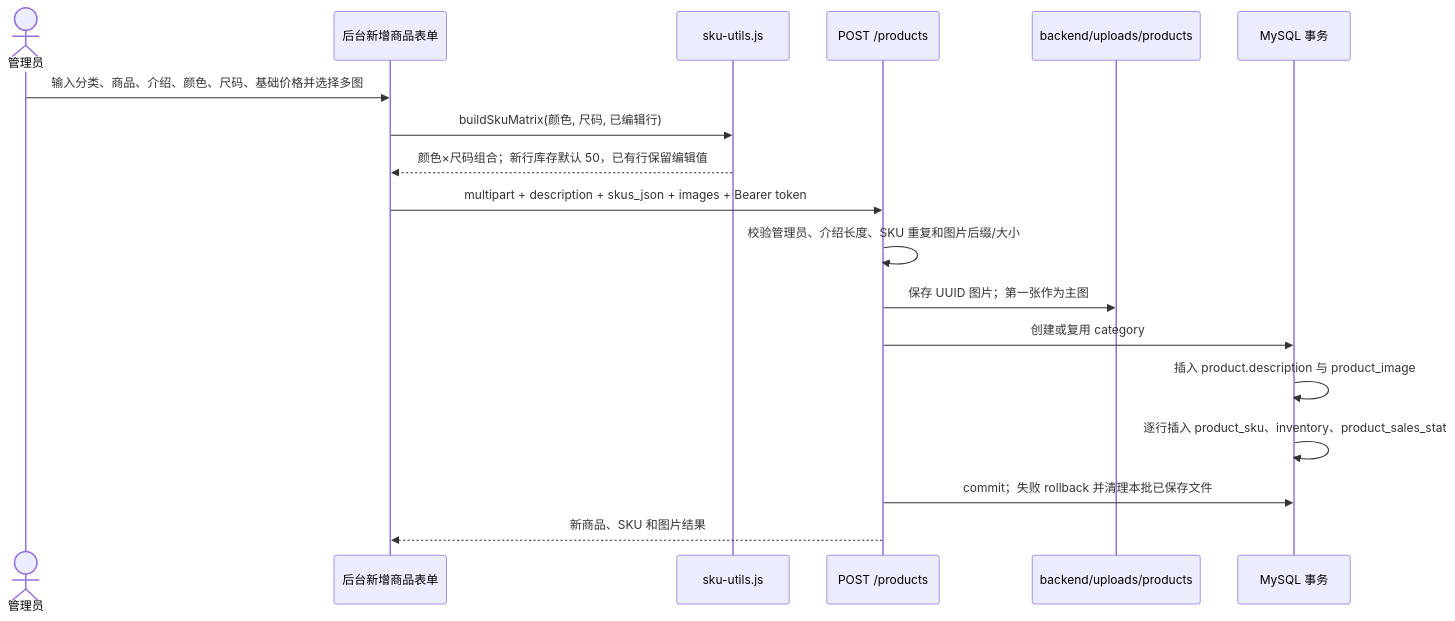
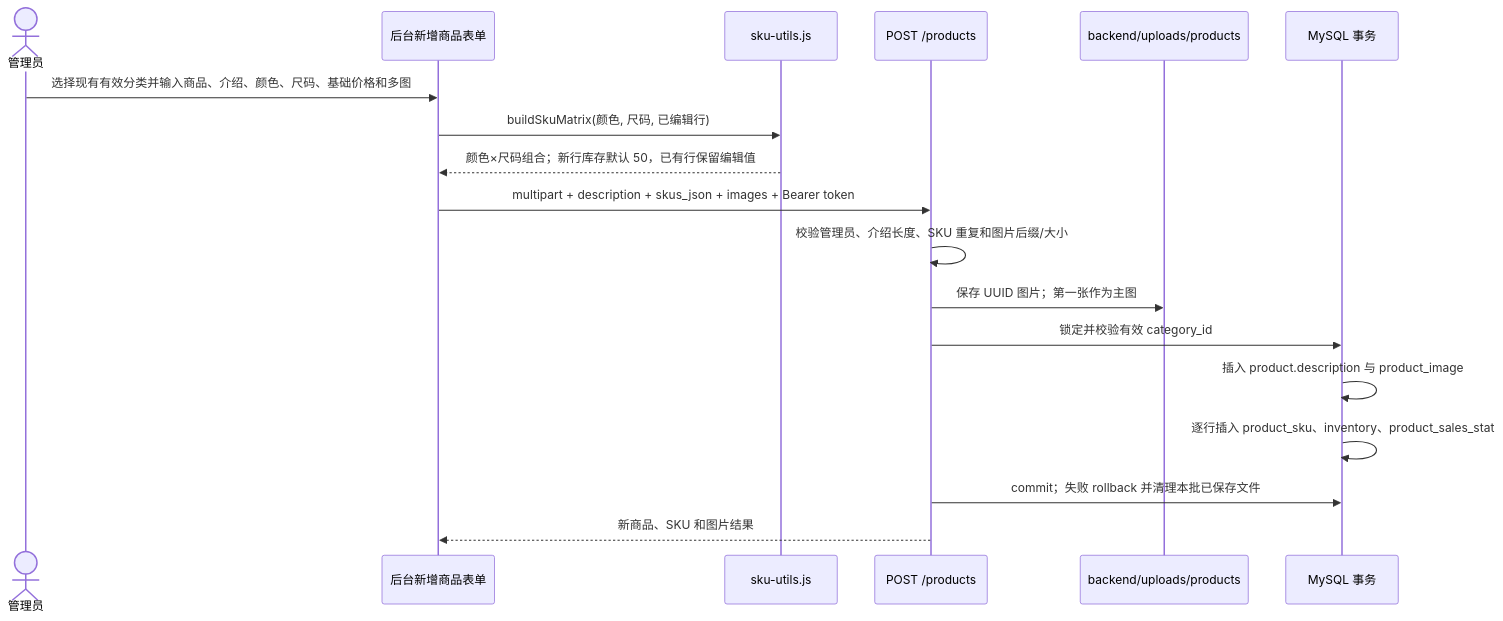
The eighth of 10 diagrams in docs/current-project-architecture.md (laananed/Cloth-Shop), drawn with Mermaid before and after one commit. The commit also changed other lines of this file and 7 other files, not shown here.

````diff
--- a/docs/current-project-architecture.md
+++ b/docs/current-project-architecture.md
@@ -510,21 +526,21 @@
 ```mermaid
 sequenceDiagram
     actor AdminUser as 管理员
     participant Form as 后台新增商品表单
     participant SKU as sku-utils.js
     participant API as POST /products
     participant Files as backend/uploads/products
     participant DB as MySQL 事务
 
-    AdminUser->>Form: 输入分类、商品、介绍、颜色、尺码、基础价格并选择多图
+    AdminUser->>Form: 选择现有有效分类并输入商品、介绍、颜色、尺码、基础价格和多图
     Form->>SKU: buildSkuMatrix(颜色, 尺码, 已编辑行)
     SKU-->>Form: 颜色×尺码组合；新行库存默认 50，已有行保留编辑值
     Form->>API: multipart + description + skus_json + images + Bearer token
     API->>API: 校验管理员、介绍长度、SKU 重复和图片后缀/大小
     API->>Files: 保存 UUID 图片；第一张作为主图
-    API->>DB: 创建或复用 category
+    API->>DB: 锁定并校验有效 category_id
     DB->>DB: 插入 product.description 与 product_image
     DB->>DB: 逐行插入 product_sku、inventory、product_sales_stat
     API->>DB: commit；失败 rollback 并清理本批已保存文件
     API-->>Form: 新商品、SKU 和图片结果
 ```
````
